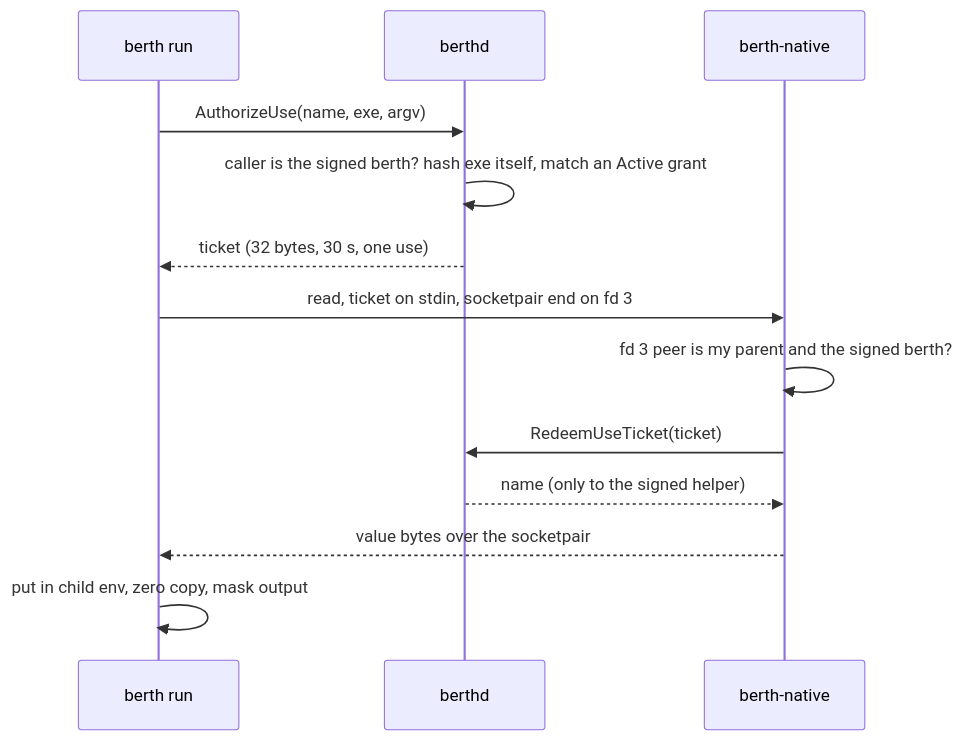
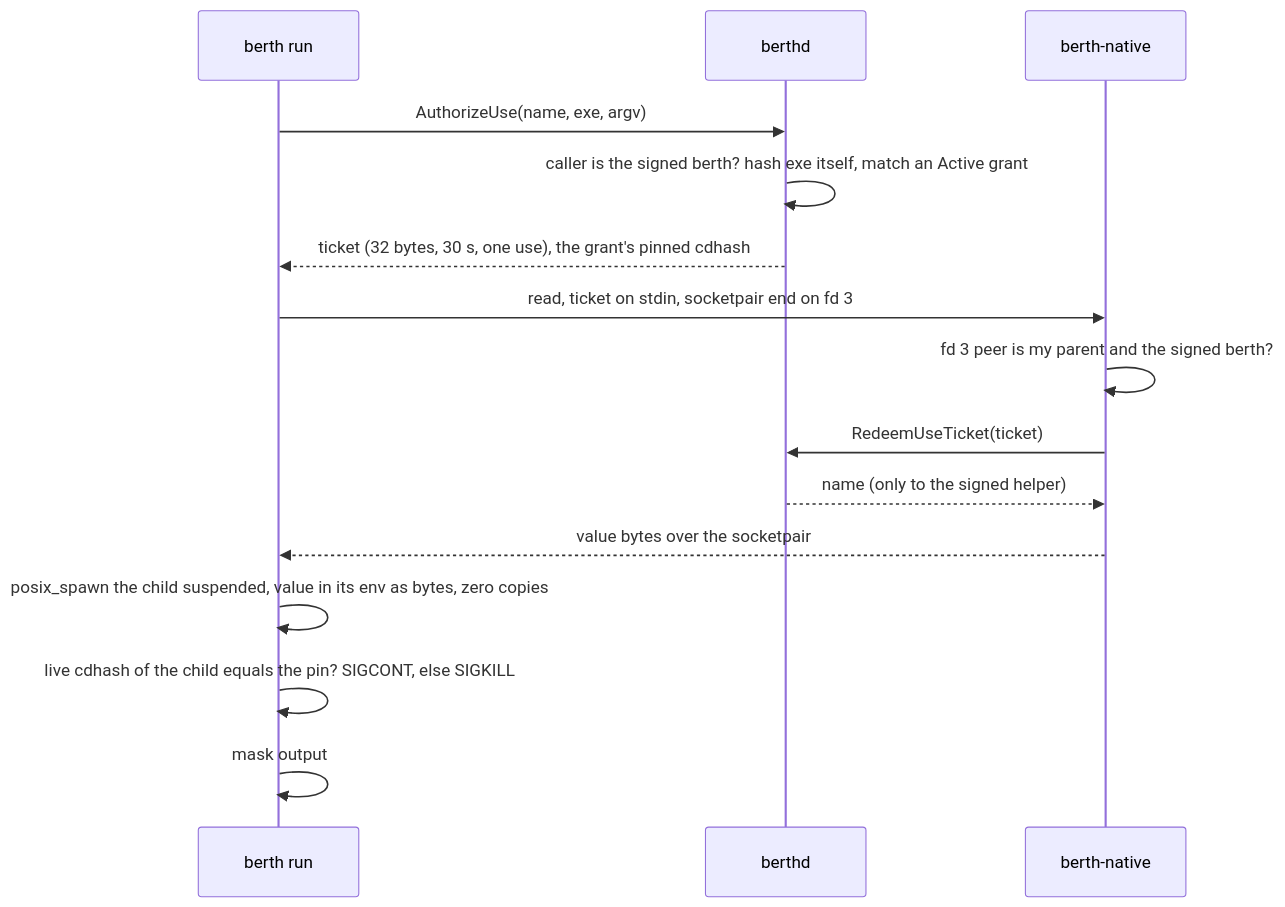
The seventh of 8 diagrams in ARCHITECTURE.md (WesleyBLDC/berth), drawn with Mermaid before and after one commit. The commit also changed other lines of this file and 27 other files, not shown here.

First line of the commit message:
Start berth run children suspended and check their live cdhash

````diff
--- a/ARCHITECTURE.md
+++ b/ARCHITECTURE.md
@@ -344,15 +344,17 @@
 ```mermaid
 sequenceDiagram
   participant R as berth run
   participant D as berthd
   participant N as berth-native
   R->>D: AuthorizeUse(name, exe, argv)
   D->>D: caller is the signed berth? hash exe itself, match an Active grant
-  D-->>R: ticket (32 bytes, 30 s, one use)
+  D-->>R: ticket (32 bytes, 30 s, one use), the grant's pinned cdhash
   R->>N: read, ticket on stdin, socketpair end on fd 3
   N->>N: fd 3 peer is my parent and the signed berth?
   N->>D: RedeemUseTicket(ticket)
   D-->>N: name (only to the signed helper)
   N-->>R: value bytes over the socketpair
-  R->>R: put in child env, zero copy, mask output
+  R->>R: posix_spawn the child suspended, value in its env as bytes, zero copies
+  R->>R: live cdhash of the child equals the pin? SIGCONT, else SIGKILL
+  R->>R: mask output
 ```
````
